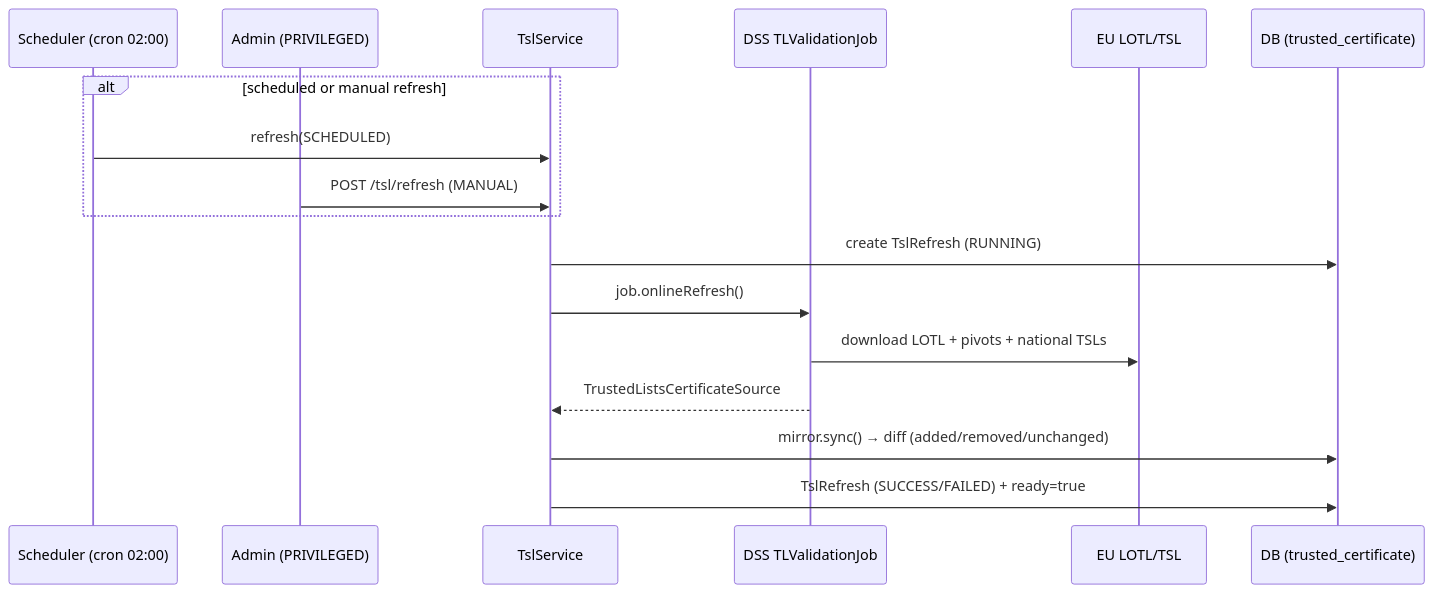
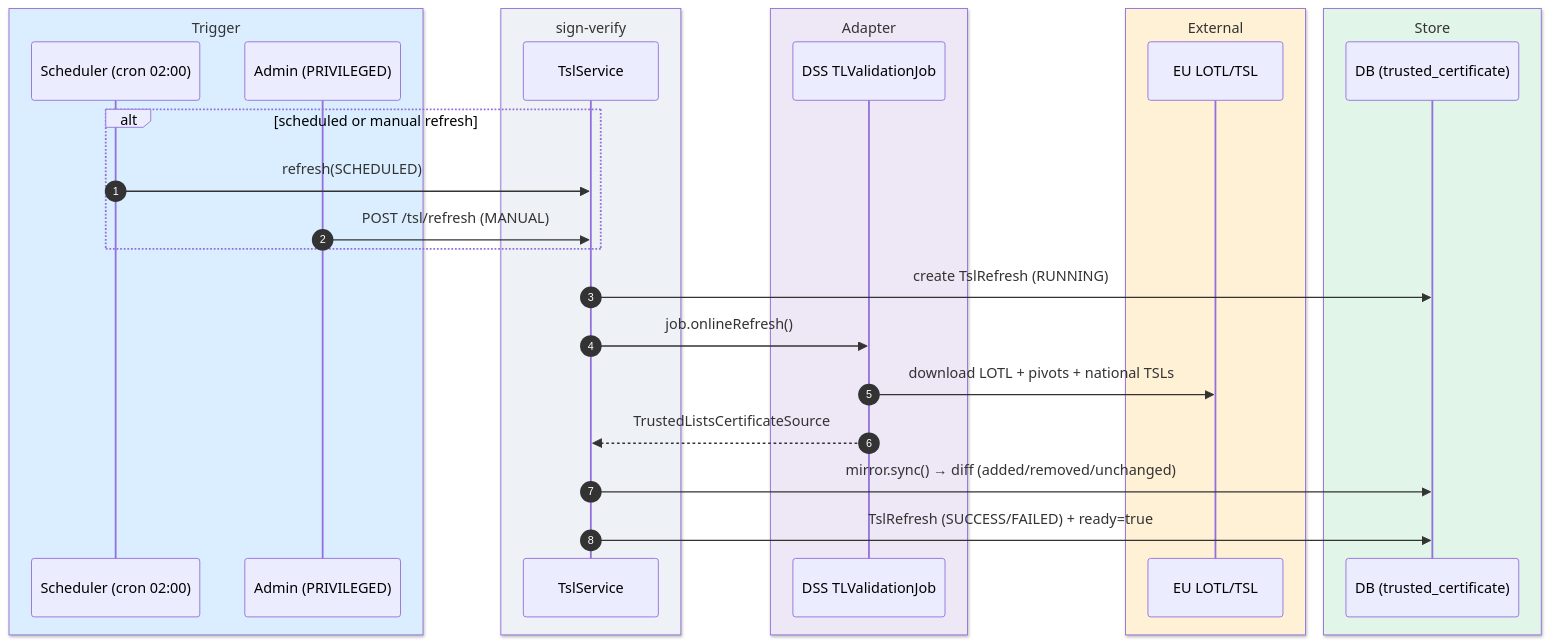
One commit to toresoft/sign-verify changed the diagram in docs/en/04-trusted-certificates.md. Above: the diagram before and after it, drawn with Mermaid. The commit also changed other lines of this file and 23 other files, not shown here.

First line of the commit message:
docs: expand EN/IT guides with glossary and component-map diagram

````diff
--- a/docs/en/04-trusted-certificates.md
+++ b/docs/en/04-trusted-certificates.md
@@ -12,20 +12,31 @@
 ```mermaid
 sequenceDiagram
+    autonumber
+    box rgb(219,238,255) Trigger
     participant Sched as Scheduler (cron 02:00)
     participant Adm as Admin (PRIVILEGED)
+    end
+    box rgb(238,241,245) sign-verify
     participant T as TslService
+    end
+    box rgb(237,231,246) Adapter
     participant DSS as DSS TLValidationJob
+    end
+    box rgb(255,241,214) External
     participant EU as EU LOTL/TSL
+    end
+    box rgb(225,245,233) Store
     participant DB as DB (trusted_certificate)
+    end
 
     alt scheduled or manual refresh
         Sched->>T: refresh(SCHEDULED)
         Adm->>T: POST /tsl/refresh (MANUAL)
     end
     T->>DB: create TslRefresh (RUNNING)
     T->>DSS: job.onlineRefresh()
     DSS->>EU: download LOTL + pivots + national TSLs
     DSS-->>T: TrustedListsCertificateSource
     T->>DB: mirror.sync() → diff (added/removed/unchanged)
     T->>DB: TslRefresh (SUCCESS/FAILED) + ready=true
 ```
````
